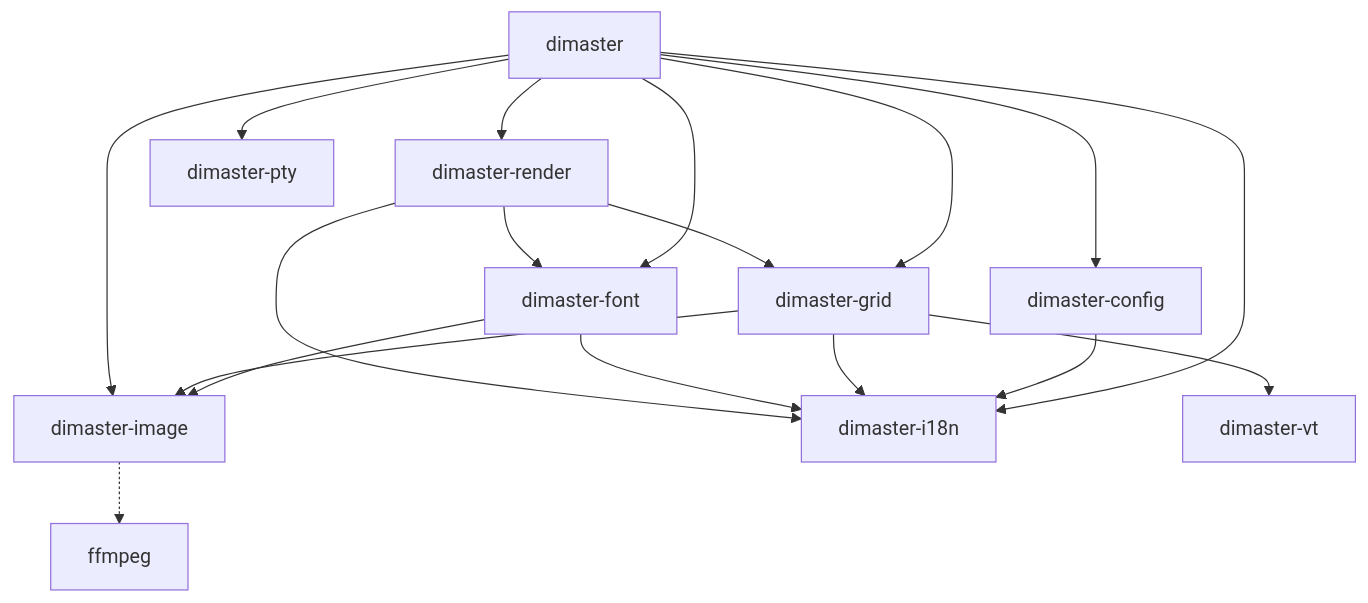
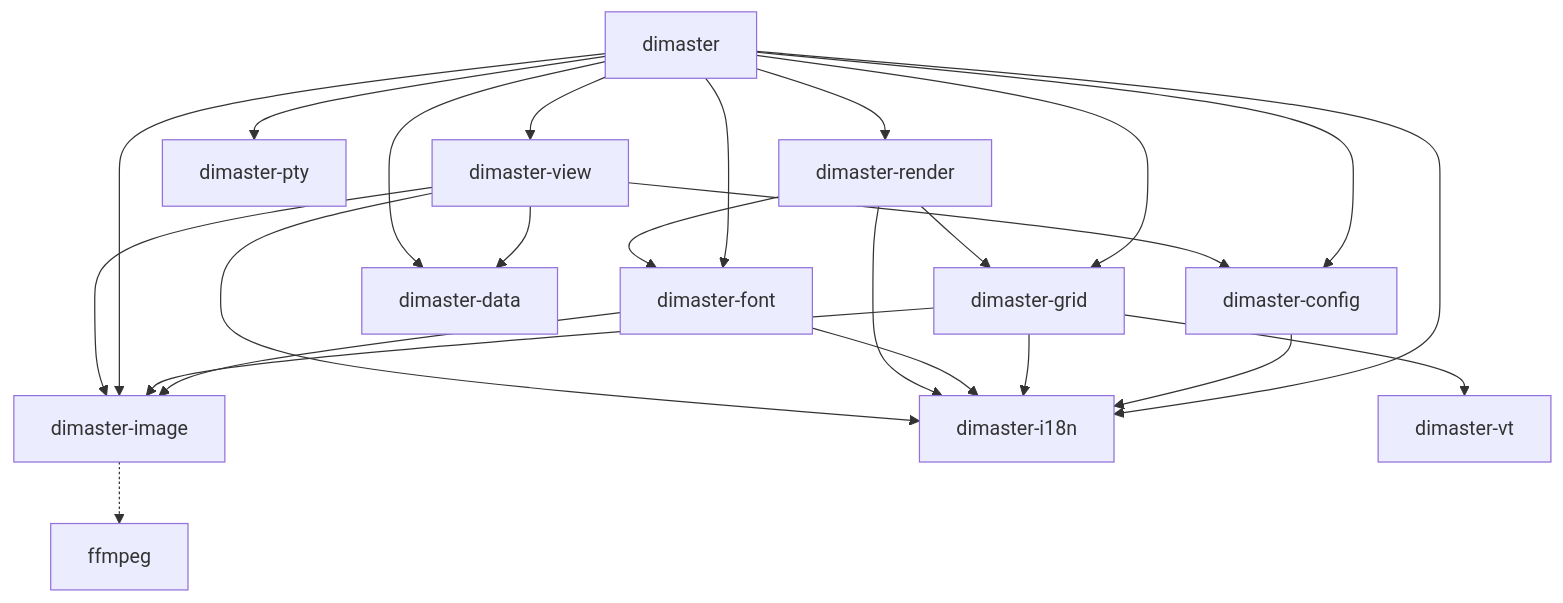
Before and after one commit to Utkautka1/DimaSter: the first of 8 diagrams in docs/UML.md, drawn with Mermaid. The commit also changed other lines of this file and 20 other files, not shown here.

Commit message:
dimaster view: таблицы с SQL, поиском и настройкой через view.lua

````diff
--- a/docs/UML.md
+++ b/docs/UML.md
@@ -5,20 +5,26 @@
 ```mermaid
 graph TD
     app[dimaster] --> grid[dimaster-grid]
     app --> render[dimaster-render]
     app --> font[dimaster-font]
     render --> grid
     render --> font
     font --> image[dimaster-image]
     app --> config[dimaster-config]
     grid --> image
     app --> image
     image -.-> ffmpeg
     app --> i18n[dimaster-i18n]
     config --> i18n
     grid --> i18n
     font --> i18n
     render --> i18n
     app --> pty[dimaster-pty]
+    app --> view[dimaster-view]
+    view --> data[dimaster-data]
+    view --> config
+    view --> i18n
+    view --> image
+    app --> data
     grid --> vt[dimaster-vt]
 ```
````
